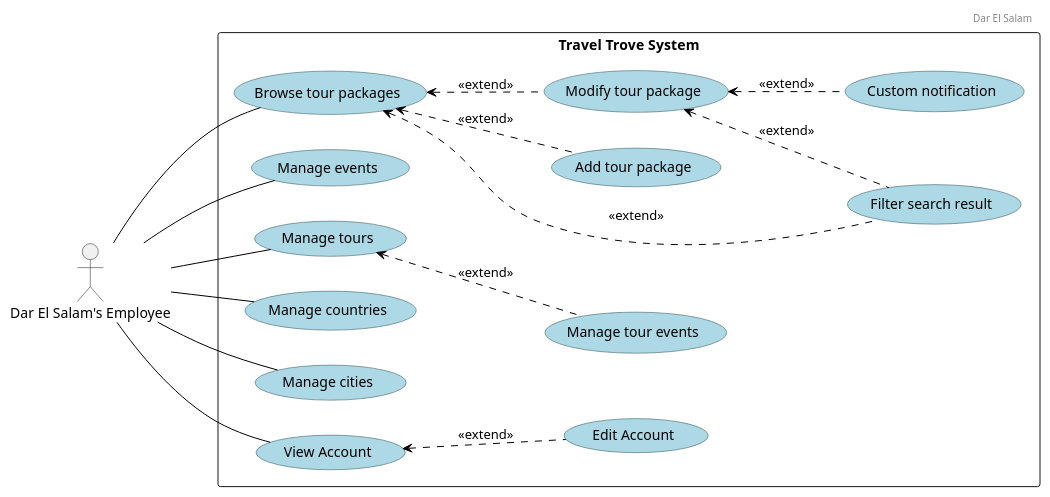
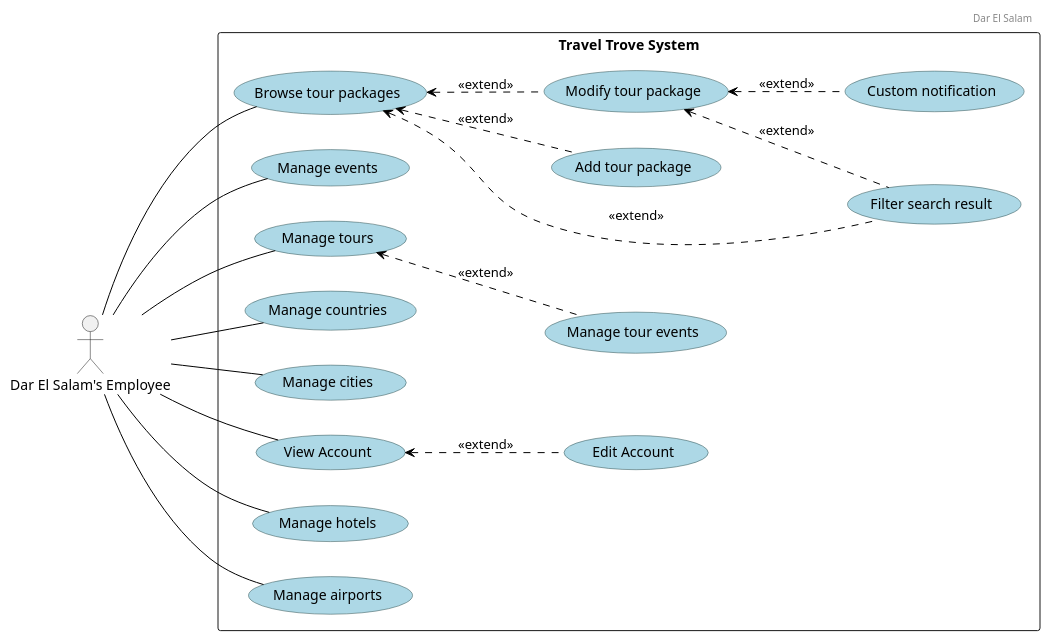
The diagram in diagrams/use cases/Employee.puml (Hares-2088/TravelTrove), drawn with PlantUML before and after one commit.

Commit message:
Sprint 2 entities use case diagram

```diff
--- a/diagrams/use cases/Employee.puml
+++ b/diagrams/use cases/Employee.puml
@@ -1,49 +1,51 @@
 @startuml
 left to right direction
 
 ' Add a header with left alignment
 header
 Dar El Salam
 endheader
 
 ' Custom skin parameters for use cases
 skinparam usecase {
     BackgroundColor lightblue
     BorderColor DarkSlateGray
     ArrowColor Black
 }
 
 actor "Dar El Salam's Employee" as Employee
 
 rectangle "Travel Trove System" {
 
     usecase "Browse tour packages"
     usecase "Add tour package"
     usecase "Modify tour package"
     usecase "Filter search result"
     usecase "Custom notification"
     usecase "Manage events"
     usecase "Manage tours"
     usecase "Manage countries"
     usecase "Manage cities"
     usecase "Manage tour events"
     usecase "View Account"
     usecase "Edit Account"
-
+    usecase "Manage hotels"
+    usecase "Manage airports"
 }
 Employee -- "Browse tour packages"
 Employee -- "Manage events"
 Employee -- "Manage tours"
 Employee -- "Manage countries"
 Employee -- "Manage cities"
 Employee -- "View Account"
+Employee -- "Manage hotels"
+Employee -- "Manage airports"
 "Browse tour packages" <.. "Filter search result" : <<extend>>
 "Browse tour packages" <.. "Add tour package" : <<extend>>
 "Browse tour packages" <.. "Modify tour package" : <<extend>>
 "Modify tour package" <.. "Custom notification" : <<extend>>
 "Modify tour package" <.. "Filter search result" : <<extend>>
 "Manage tours" <.. "Manage tour events" : <<extend>>
 "View Account" <.. "Edit Account" : <<extend>>
 
-
 @enduml
```
